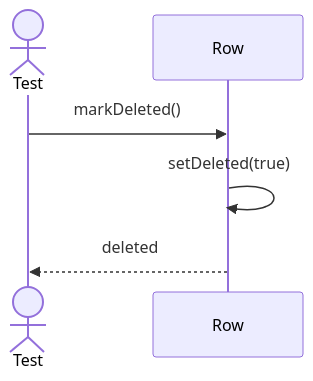
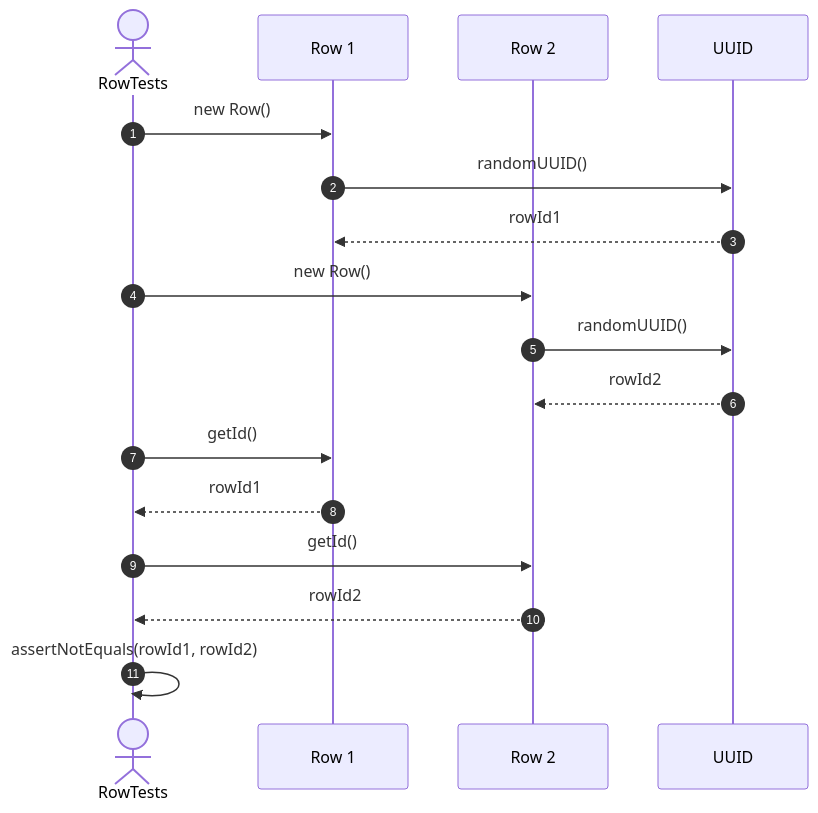
Before and after one commit to FhuAnn/-bbv-AN-s-DBMS: the third of 33 diagrams in src/tests/unit/metadata/sequences/rows-testing.se.md, drawn with Mermaid. The commit also changed other lines of this file and 60 other files, not shown here.

Commit message:
refactor data table, row, column, constraint, index test file

````diff
--- a/src/tests/unit/metadata/sequences/rows-testing.se.md
+++ b/src/tests/unit/metadata/sequences/rows-testing.se.md
@@ -41,11 +68,25 @@
 ```mermaid
 sequenceDiagram
-actor Test
-participant Row
+    autonumber
 
-Test->>Row: markDeleted()
+    actor Test as RowTests
+    participant Row1 as Row 1
+    participant Row2 as Row 2
+    participant UUID as UUID
 
-Row->>Row: setDeleted(true)
+    Test->>Row1: new Row()
+    Row1->>UUID: randomUUID()
+    UUID-->>Row1: rowId1
 
-Row-->>Test: deleted
+    Test->>Row2: new Row()
+    Row2->>UUID: randomUUID()
+    UUID-->>Row2: rowId2
+
+    Test->>Row1: getId()
+    Row1-->>Test: rowId1
+
+    Test->>Row2: getId()
+    Row2-->>Test: rowId2
+
+    Test->>Test: assertNotEquals(rowId1, rowId2)
 ```
````
